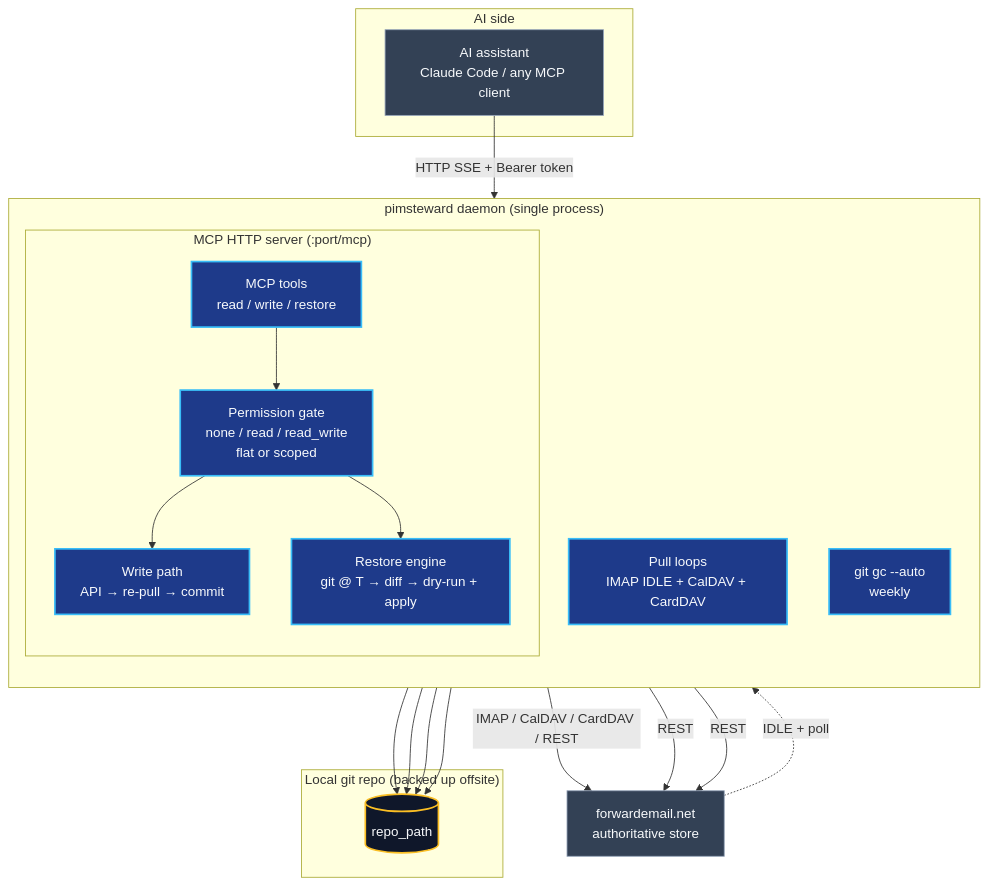
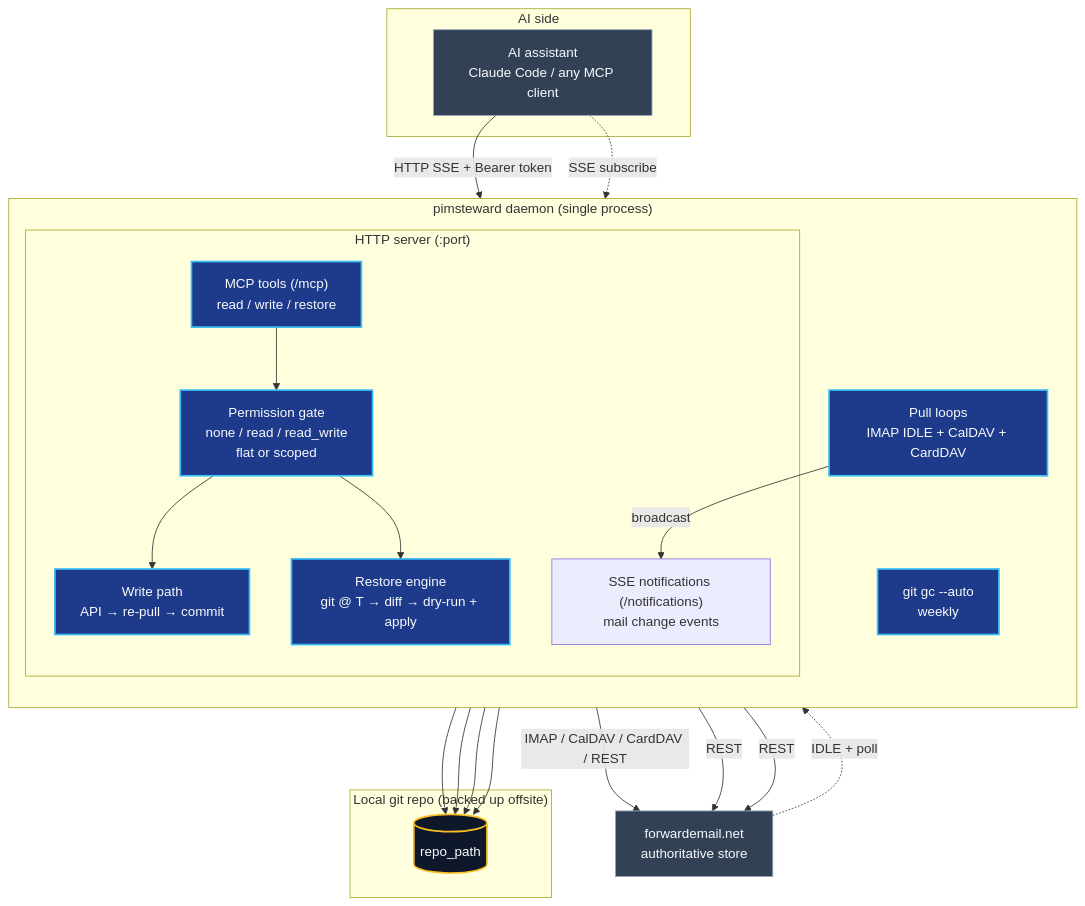
One commit to dcardamo/pimsteward changed the first of 3 diagrams in README.md. Above: the diagram before and after it, drawn with Mermaid. The commit also changed other lines of this file and 1 other file, not shown here.

First line of the commit message:
feat: add SSE notification endpoint for mail events

````diff
--- a/README.md
+++ b/README.md
@@ -199,46 +199,49 @@
 ```mermaid
 flowchart TB
     subgraph client["AI side"]
         AI["AI assistant<br/>Claude Code / any MCP client"]
     end
 
     subgraph daemon["pimsteward daemon (single process)"]
         direction TB
 
-        subgraph mcphttp["MCP HTTP server (:port/mcp)"]
-            MCP["MCP tools<br/>read / write / restore"]
+        subgraph mcphttp["HTTP server (:port)"]
+            MCP["MCP tools (/mcp)<br/>read / write / restore"]
+            SSE["SSE notifications (/notifications)<br/>mail change events"]
             PERM["Permission gate<br/>none / read / read_write<br/>flat or scoped"]
             WRITE["Write path<br/>API → re-pull → commit"]
             REST["Restore engine<br/>git @ T → diff → dry-run + apply"]
             MCP --> PERM
             PERM --> WRITE
             PERM --> REST
         end
 
         PULL["Pull loops<br/>IMAP IDLE + CalDAV + CardDAV"]
         GC["git gc --auto<br/>weekly"]
     end
 
     subgraph storage["Local git repo (backed up offsite)"]
         GIT[("repo_path")]
     end
 
     FE["forwardemail.net<br/>authoritative store"]
 
     AI -- "HTTP SSE + Bearer token" --> MCP
+    AI -. "SSE subscribe" .-> SSE
+    PULL -- "broadcast" --> SSE
     PULL -- "IMAP / CalDAV / CardDAV / REST" --> FE
     WRITE -- "REST" --> FE
     REST -- "REST" --> FE
     FE -. "IDLE + poll" .-> PULL
     PULL --> GIT
     WRITE --> GIT
     REST --> GIT
     GC --> GIT
 
     classDef daemonCls fill:#1e3a8a,stroke:#38bdf8,stroke-width:2px,color:#f8fafc;
     classDef store fill:#0f172a,stroke:#fbbf24,stroke-width:2px,color:#f8fafc;
     classDef ext fill:#334155,stroke:#94a3b8,stroke-width:1px,color:#f8fafc;
     class MCP,PERM,WRITE,REST,PULL,GC daemonCls;
     class GIT store;
     class AI,FE ext;
 ```
````
